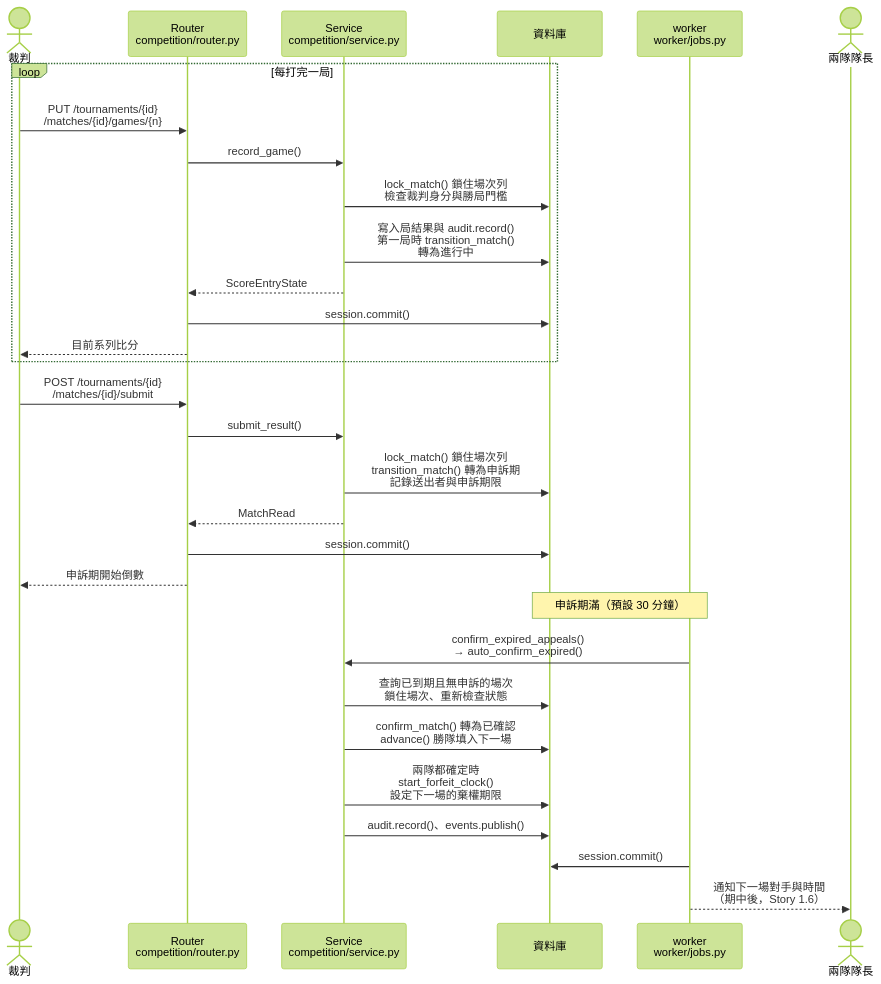
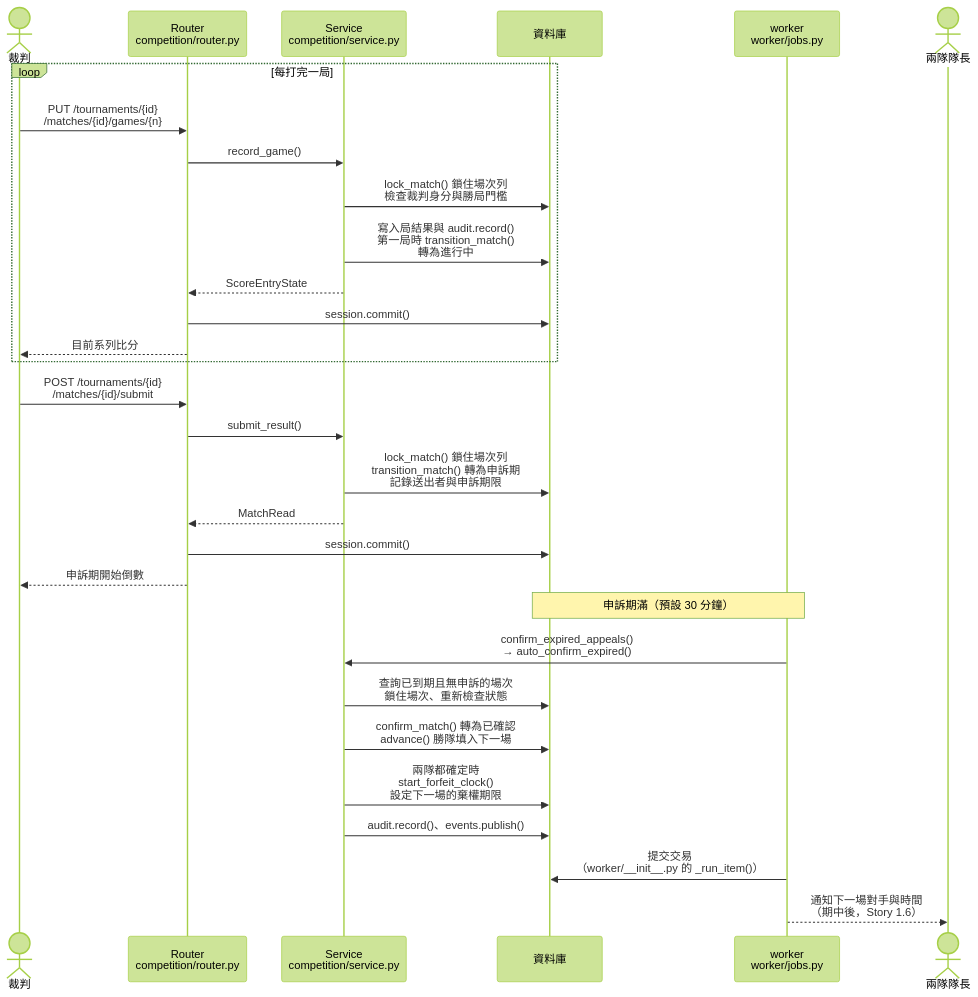
Before and after one commit to Team14good/esport-platform: diagram 18 of 19 in docs/midterm/B-軟體需求分析文件.md, drawn with Mermaid (forest theme). The commit also changed other lines of this file and 23 other files, not shown here.

First line of the commit message:
docs: 依 PR #92 審查修正 B、C、D 的圖與程式標註

````diff
--- a/docs/midterm/B-軟體需求分析文件.md
+++ b/docs/midterm/B-軟體需求分析文件.md
@@ -1488,32 +1492,32 @@
 ```mermaid
 sequenceDiagram
   actor Ref as 裁判
   participant R as Router<br/>competition/router.py
   participant S as Service<br/>competition/service.py
   participant DB as 資料庫
   participant W as worker<br/>worker/jobs.py
   actor Cap as 兩隊隊長
   loop 每打完一局
     Ref->>R: PUT /tournaments/{id}<br/>/matches/{id}/games/{n}
     R->>S: record_game()
     S->>DB: lock_match() 鎖住場次列<br/>檢查裁判身分與勝局門檻
     S->>DB: 寫入局結果與 audit.record()<br/>第一局時 transition_match()<br/>轉為進行中
     S-->>R: ScoreEntryState
     R->>DB: session.commit()
     R-->>Ref: 目前系列比分
   end
   Ref->>R: POST /tournaments/{id}<br/>/matches/{id}/submit
   R->>S: submit_result()
   S->>DB: lock_match() 鎖住場次列<br/>transition_match() 轉為申訴期<br/>記錄送出者與申訴期限
   S-->>R: MatchRead
   R->>DB: session.commit()
   R-->>Ref: 申訴期開始倒數
   Note over DB,W: 申訴期滿（預設 30 分鐘）
   W->>S: confirm_expired_appeals()<br/>→ auto_confirm_expired()
   S->>DB: 查詢已到期且無申訴的場次<br/>鎖住場次、重新檢查狀態
   S->>DB: confirm_match() 轉為已確認<br/>advance() 勝隊填入下一場
   S->>DB: 兩隊都確定時<br/>start_forfeit_clock()<br/>設定下一場的棄權期限
   S->>DB: audit.record()、events.publish()
-  W->>DB: session.commit()
+  W->>DB: 提交交易<br/>（worker/__init__.py 的 _run_item()）
   W-->>Cap: 通知下一場對手與時間<br/>（期中後，Story 1.6）
 ```
````
